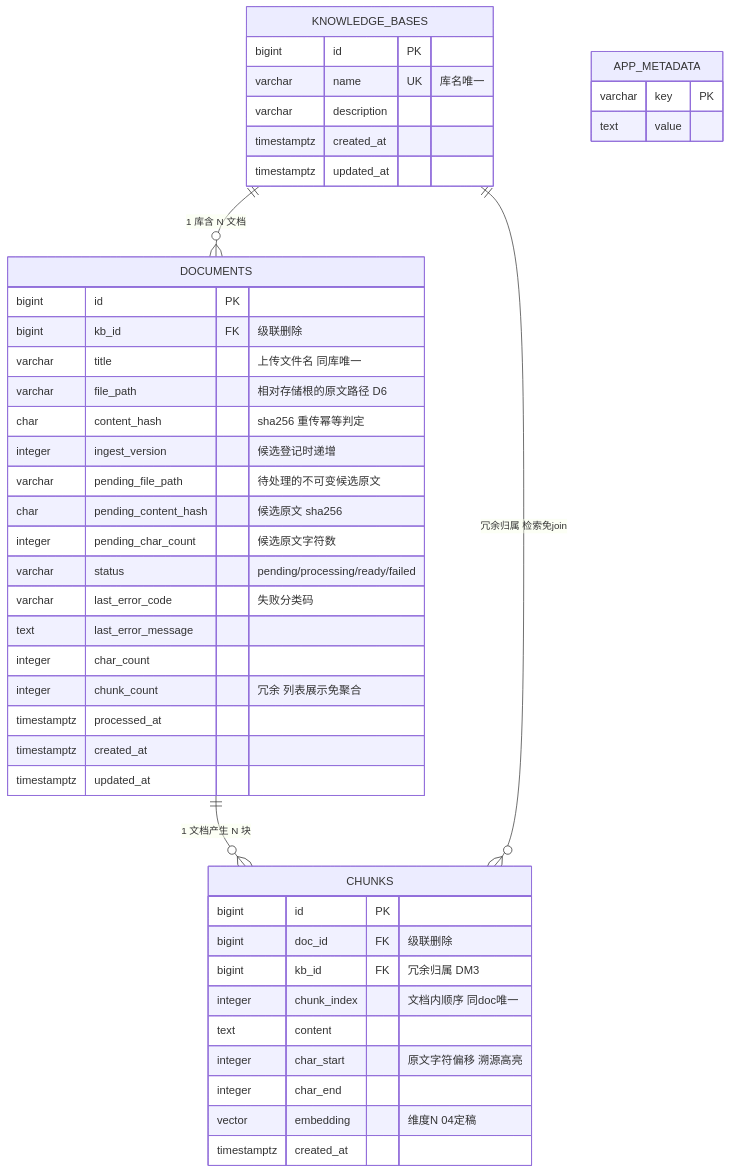
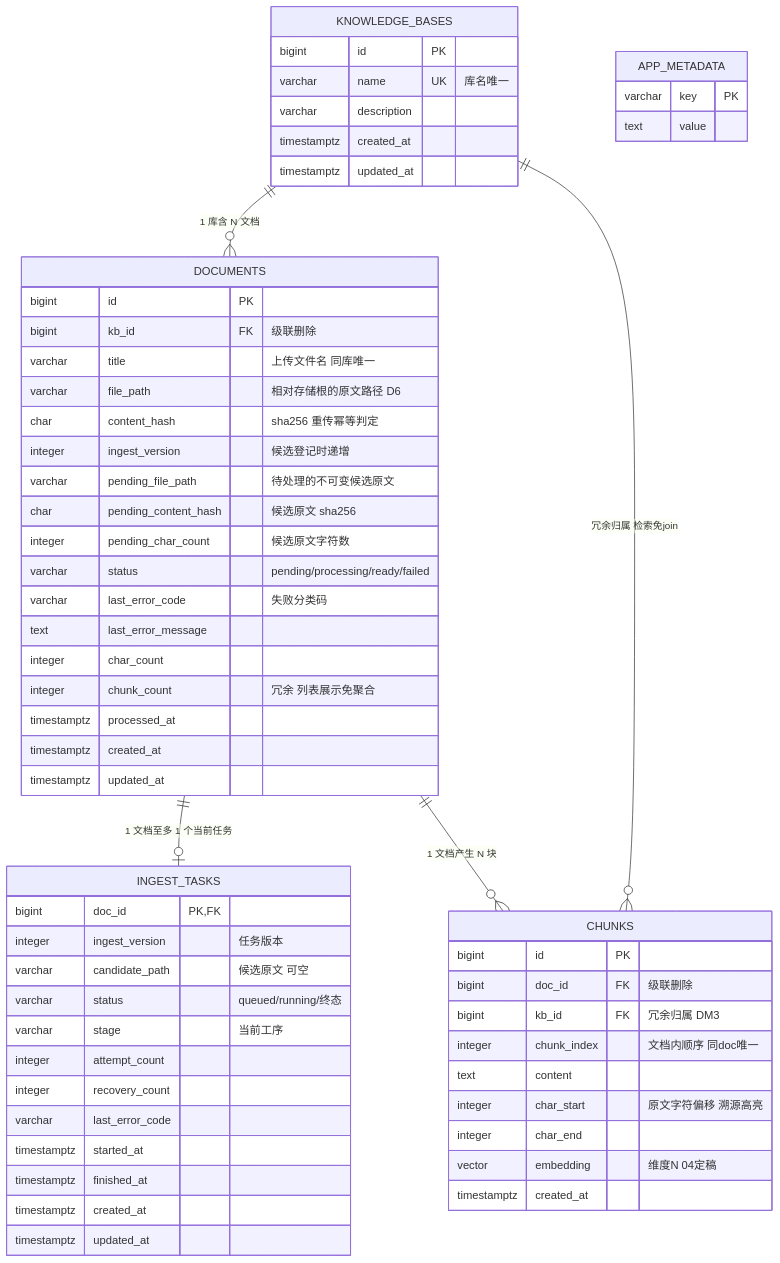
Before and after one commit to One-29/personal-knowledge-base: the first of 2 diagrams in docs/design/03-data-model.md, drawn with Mermaid. The commit also changed other lines of this file and 36 other files, not shown here.

````diff
--- a/docs/design/03-data-model.md
+++ b/docs/design/03-data-model.md
@@ -39,49 +40,64 @@
 ```mermaid
 erDiagram
     KNOWLEDGE_BASES ||--o{ DOCUMENTS : "1 库含 N 文档"
+    DOCUMENTS ||--o| INGEST_TASKS : "1 文档至多 1 个当前任务"
     DOCUMENTS ||--o{ CHUNKS : "1 文档产生 N 块"
     KNOWLEDGE_BASES ||--o{ CHUNKS : "冗余归属 检索免join"
 
     APP_METADATA {
         varchar key PK
         text value
     }
 
     KNOWLEDGE_BASES {
         bigint id PK
         varchar name UK "库名唯一"
         varchar description
         timestamptz created_at
         timestamptz updated_at
     }
     DOCUMENTS {
         bigint id PK
         bigint kb_id FK "级联删除"
         varchar title "上传文件名 同库唯一"
         varchar file_path "相对存储根的原文路径 D6"
         char content_hash "sha256 重传幂等判定"
         integer ingest_version "候选登记时递增"
         varchar pending_file_path "待处理的不可变候选原文"
         char pending_content_hash "候选原文 sha256"
         integer pending_char_count "候选原文字符数"
         varchar status "pending/processing/ready/failed"
         varchar last_error_code "失败分类码"
         text last_error_message
         integer char_count
         integer chunk_count "冗余 列表展示免聚合"
         timestamptz processed_at
         timestamptz created_at
         timestamptz updated_at
     }
+    INGEST_TASKS {
+        bigint doc_id PK,FK
+        integer ingest_version "任务版本"
+        varchar candidate_path "候选原文 可空"
+        varchar status "queued/running/终态"
+        varchar stage "当前工序"
+        integer attempt_count
+        integer recovery_count
+        varchar last_error_code
+        timestamptz started_at
+        timestamptz finished_at
+        timestamptz created_at
+        timestamptz updated_at
+    }
     CHUNKS {
         bigint id PK
         bigint doc_id FK "级联删除"
         bigint kb_id FK "冗余归属 DM3"
         integer chunk_index "文档内顺序 同doc唯一"
         text content
         integer char_start "原文字符偏移 溯源高亮"
         integer char_end
         vector embedding "维度N 04定稿"
         timestamptz created_at
     }
 ```
````
